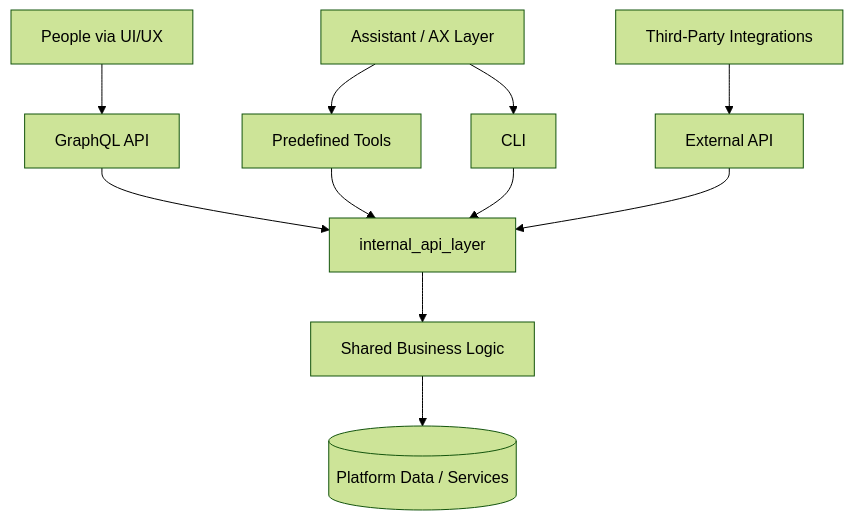
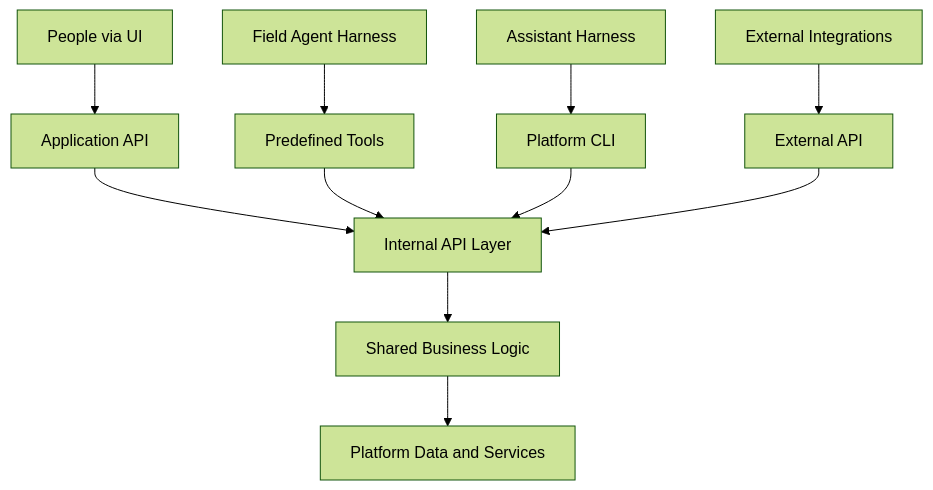
One commit to denyslazarenko/denyslazarenko.github.io changed the first of 2 diagrams in _posts/2026-06-26-from-tool-calling-agents-to-coding-agents-in-sandboxes.md. Above: the diagram before and after it, drawn with Mermaid (forest theme). The commit also changed other lines of this file and 2 other files, not shown here.

Commit message:
Refine harness engineering post

```diff
--- a/_posts/2026-06-26-from-tool-calling-agents-to-coding-agents-in-sandboxes.md
+++ b/_posts/2026-06-26-from-tool-calling-agents-to-coding-agents-in-sandboxes.md
@@ -362,16 +446,17 @@
 <pre class="mermaid">
 flowchart TD
-    User[People via UI/UX]
-    Assistant[Assistant / AX Layer]
-    ThirdParty[Third-Party Integrations]
-    User --> GraphQL[GraphQL API]
-    Assistant --> Tools[Predefined Tools]
-    Assistant --> CLI[CLI]
-    ThirdParty --> External[External API]
-    GraphQL --> Internal[internal_api_layer]
+    User[People via UI]
+    Assistant[Assistant Harness]
+    FieldAgent[Field Agent Harness]
+    Integration[External Integrations]
+    User --> API[Application API]
+    FieldAgent --> Tools[Predefined Tools]
+    Assistant --> CLI[Platform CLI]
+    Integration --> ExternalAPI[External API]
+    API --> Internal[Internal API Layer]
     Tools --> Internal
     CLI --> Internal
-    External --> Internal
+    ExternalAPI --> Internal
     Internal --> Domain[Shared Business Logic]
-    Domain --> Data[(Platform Data / Services)]
+    Domain --> Data[Platform Data and Services]
 </pre>
```
